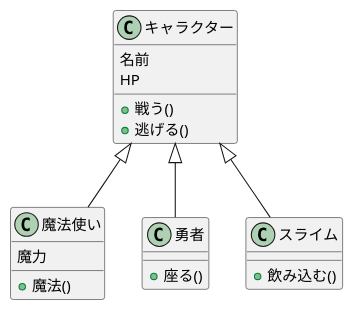
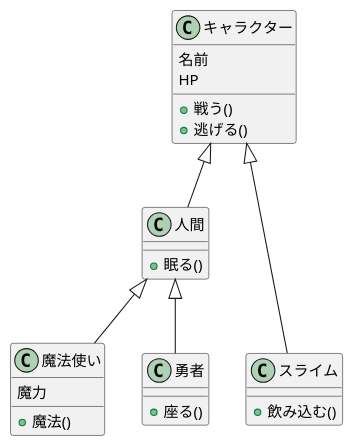
The diagram in docs/Test.puml (a191409/java_semi), drawn with PlantUML before and after one commit.

Commit message:
test/plantuml

```diff
--- a/docs/Test.puml
+++ b/docs/Test.puml
@@ -1,24 +1,29 @@
 @startuml
 
 class キャラクター{
 名前
 HP
 +戦う()
 +逃げる()
+}
+class 人間{
++眠る()
 }
 class 魔法使い{
 魔力
 +魔法()
 }
 class 勇者{
 +座る()
 }
 class スライム{
 +飲み込む()
 }
 
-キャラクター <|-- 魔法使い
-キャラクター <|-- 勇者
-キャラクター <|-- スライム
+キャラクター <|-- 人間
+キャラクター <|--- スライム
+
+人間 <|-- 勇者
+人間 <|-- 魔法使い
 
 @enduml
```
